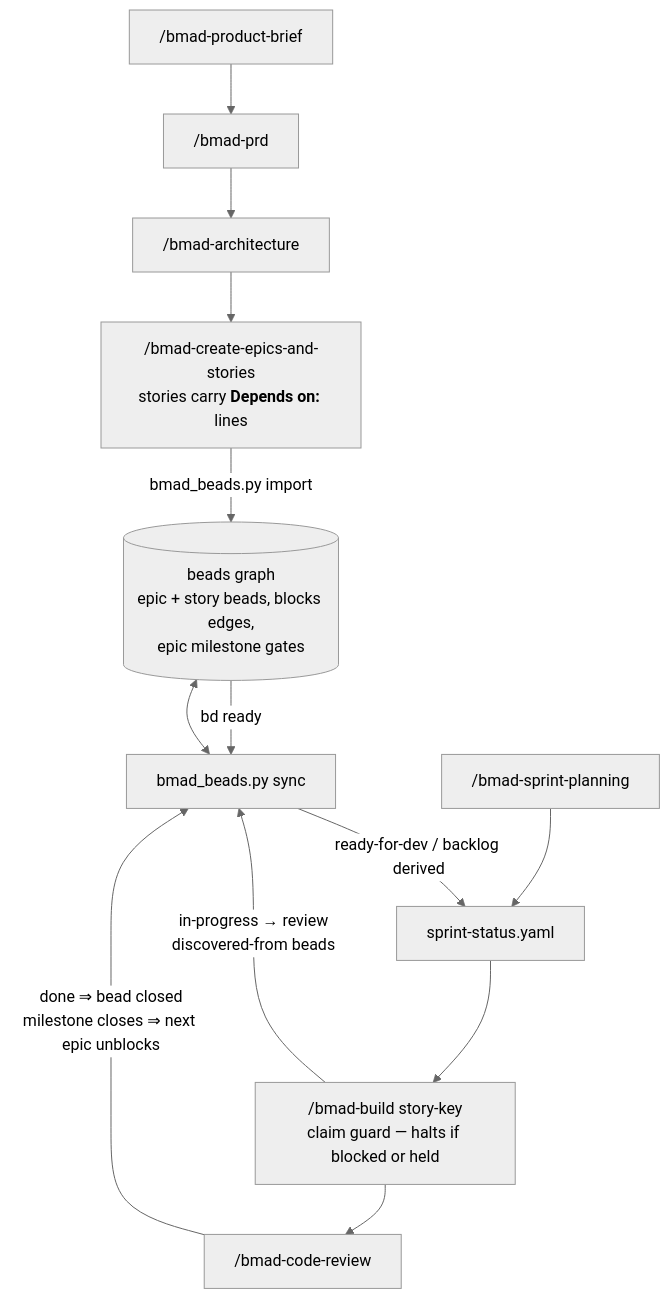
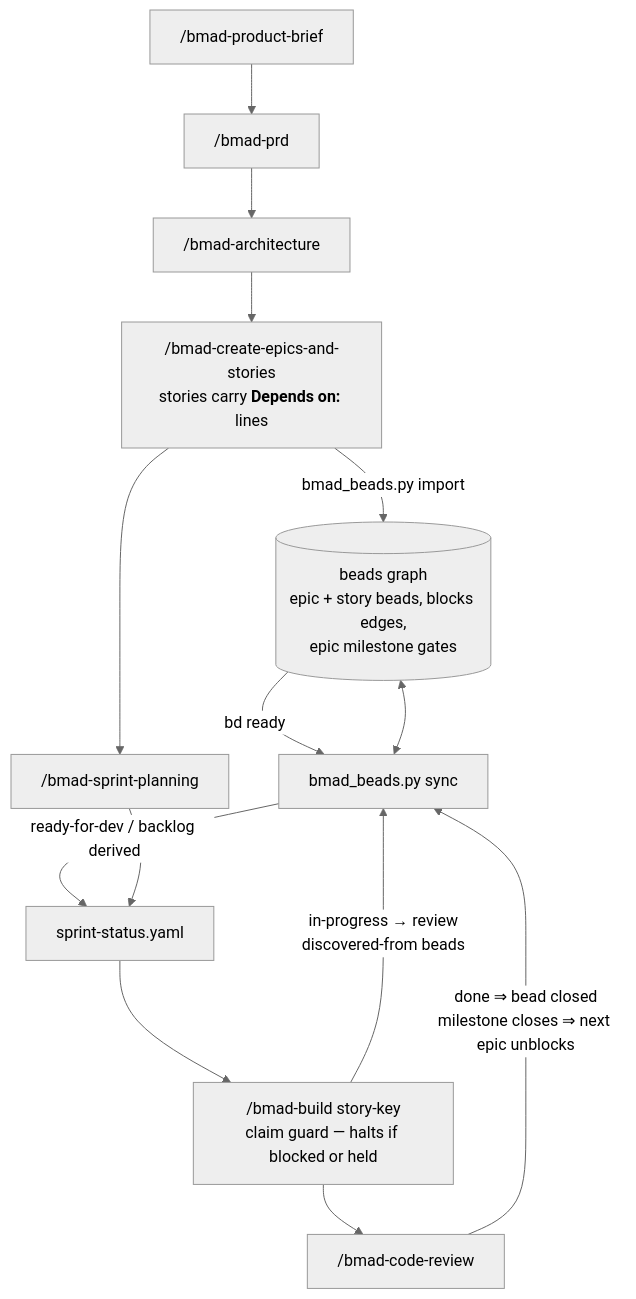
The first of 2 diagrams in README.md (chhudson/bmad-beads-template), drawn with Mermaid (neutral theme) before and after one commit.

Commit message:
README: connect /bmad-sprint-planning into the loop diagram

````diff
--- a/README.md
+++ b/README.md
@@ -47,15 +47,16 @@
 ```mermaid
 flowchart TB
     PB["/bmad-product-brief"] --> PRD["/bmad-prd"]
     PRD --> ARCH["/bmad-architecture"]
     ARCH --> EP["/bmad-create-epics-and-stories<br/>stories carry <b>Depends on:</b> lines"]
     EP -- "bmad_beads.py import" --> G[("beads graph<br/>epic + story beads, blocks edges,<br/>epic milestone gates")]
     G -- "bd ready" --> SYNC["bmad_beads.py sync"]
     SYNC -- "ready-for-dev / backlog derived" --> SS["sprint-status.yaml"]
-    SP["/bmad-sprint-planning"] --> SS
+    EP --> SP["/bmad-sprint-planning"]
+    SP --> SS
     SS --> BUILD["/bmad-build story-key<br/>claim guard — halts if blocked or held"]
     BUILD -- "in-progress → review<br/>discovered-from beads" --> SYNC
     BUILD --> CR["/bmad-code-review"]
     CR -- "done ⇒ bead closed<br/>milestone closes ⇒ next epic unblocks" --> SYNC
     SYNC <--> G
 ```
````
